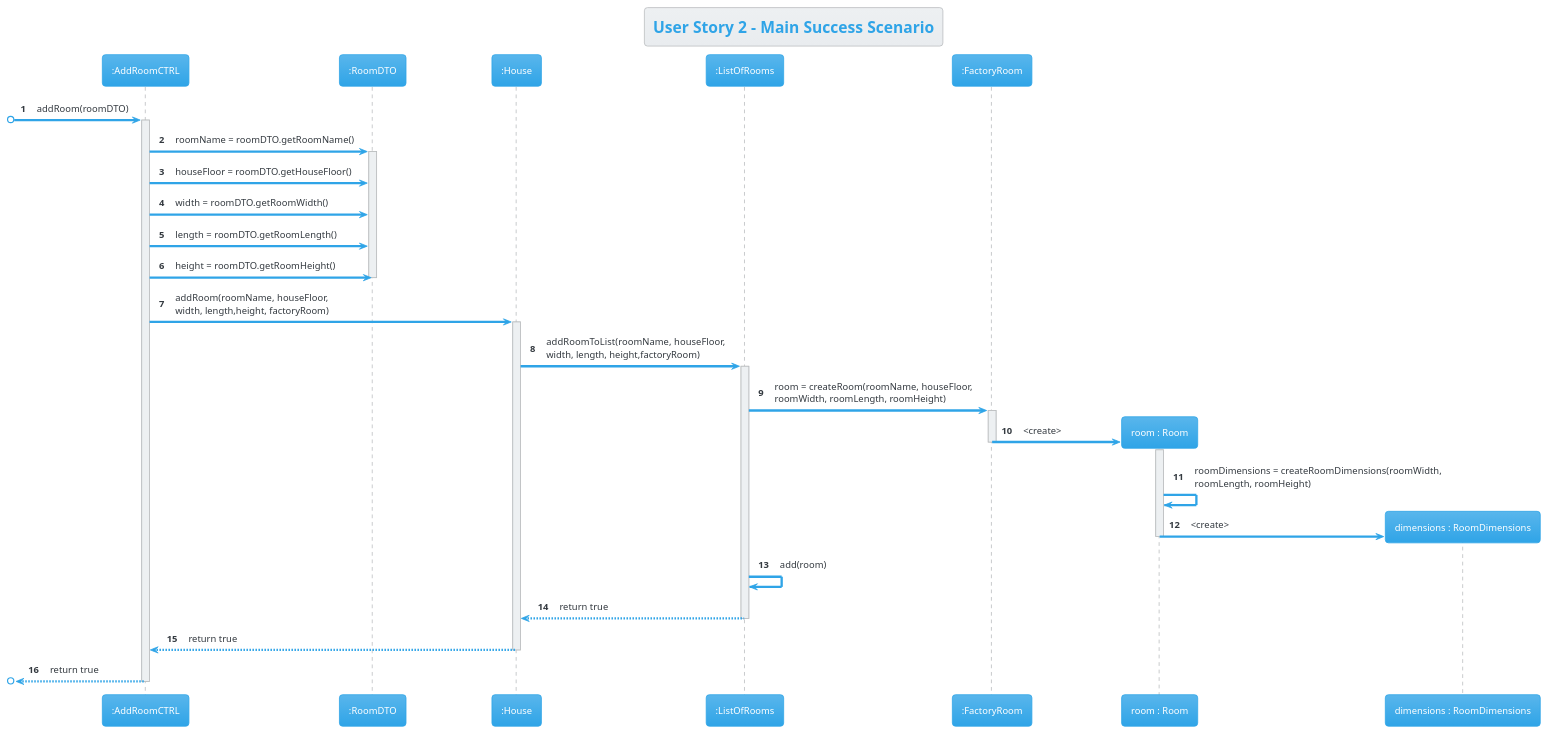
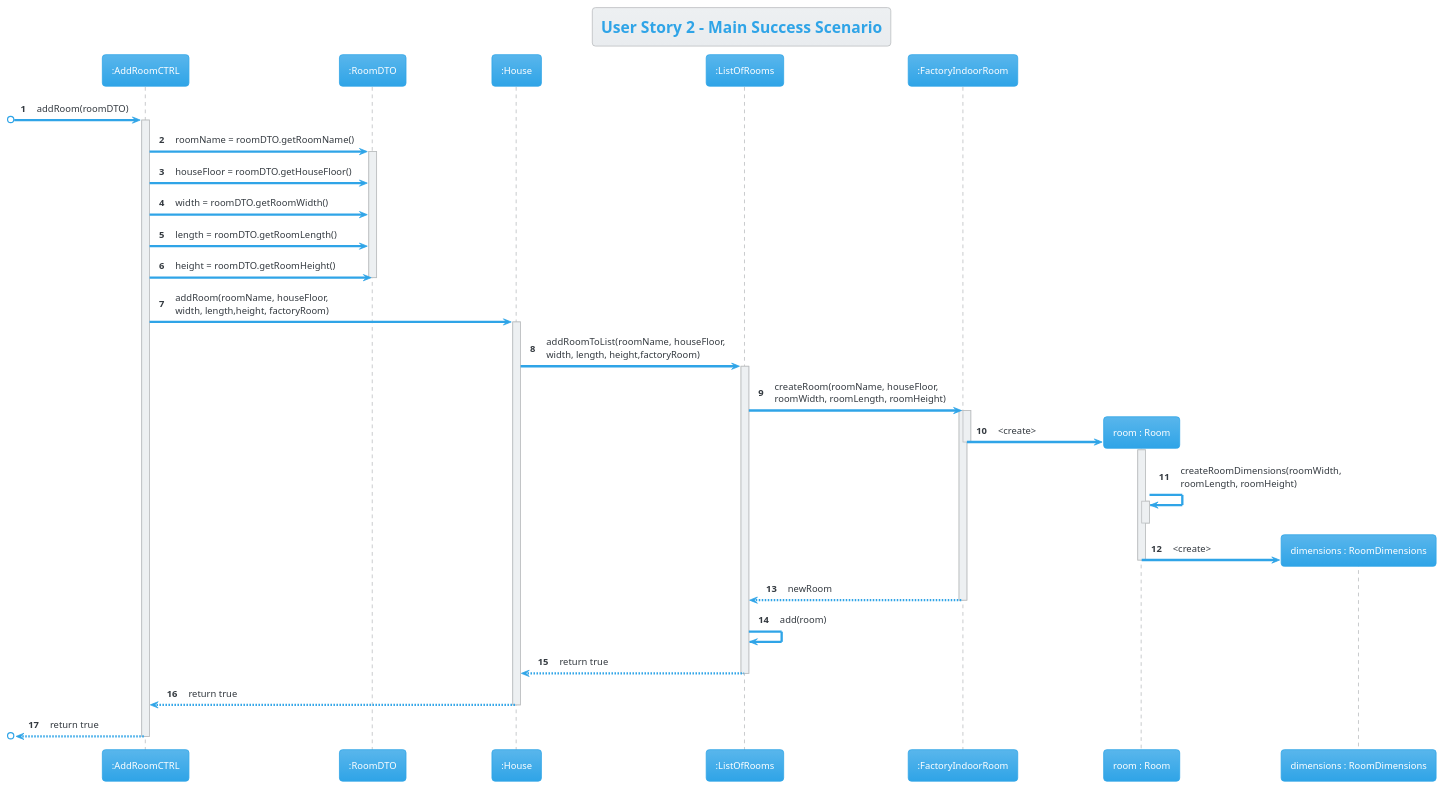
The diagram in Docs/US02/S3US02SequenceDiagram.puml (AfonsoNeves77/smartHouse), drawn with PlantUML before and after one commit. The commit also changed 4 other files, not shown here.

Commit message:
US01, US02 and US03 ClassDiagrams and SequenceDiagrams updated.

```diff
--- a/Docs/US02/S3US02SequenceDiagram.puml
+++ b/Docs/US02/S3US02SequenceDiagram.puml
@@ -1,42 +1,48 @@
 @startuml
 !theme cerulean
 autonumber
 title User Story 2 - Main Success Scenario
 participant ":AddRoomCTRL" as C
 participant ":RoomDTO" as dto
 participant ":House" as H
 participant ":ListOfRooms" as LOR
-participant ":FactoryRoom" as FR
+participant ":FactoryIndoorRoom" as FR
 participant "room : Room" as R
 participant "dimensions : RoomDimensions" as RD
 skinparam ParticipantPadding 50
 
 [o-> C : addRoom(roomDTO)
 activate C
 C -> dto : roomName = roomDTO.getRoomName()
 activate dto
 C -> dto : houseFloor = roomDTO.getHouseFloor()
 C -> dto : width = roomDTO.getRoomWidth()
 C -> dto : length = roomDTO.getRoomLength()
 C -> dto : height = roomDTO.getRoomHeight()
 deactivate dto
 C -> H : addRoom(roomName, houseFloor, \nwidth, length,height, factoryRoom)
 activate H
 H -> LOR : addRoomToList(roomName, houseFloor, \nwidth, length, height,factoryRoom)
 activate LOR
-LOR -> FR : room = createRoom(roomName, houseFloor, \nroomWidth, roomLength, roomHeight)
+LOR -> FR : createRoom(roomName, houseFloor, \nroomWidth, roomLength, roomHeight)
 activate FR
+Activate FR
 FR -> R** : <create>
 deactivate FR
 activate R
-R -> R : roomDimensions = createRoomDimensions(roomWidth,\nroomLength, roomHeight)
+R -> R : createRoomDimensions(roomWidth,\nroomLength, roomHeight)
+activate R
+deactivate R
 R -> RD** : <create>
 deactivate R
+FR --> LOR : newRoom
+deactivate FR
 LOR -> LOR : add(room)
 LOR --> H : return true
+
 deactivate LOR
 H --> C : return true
 deactivate H
 [o<-- C : return true
 deactivate C
 @enduml
```
